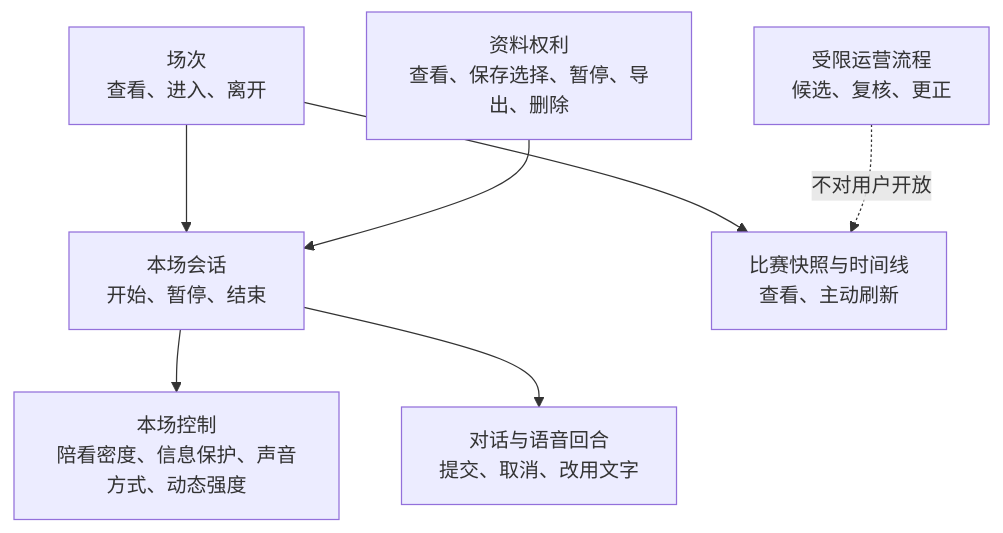
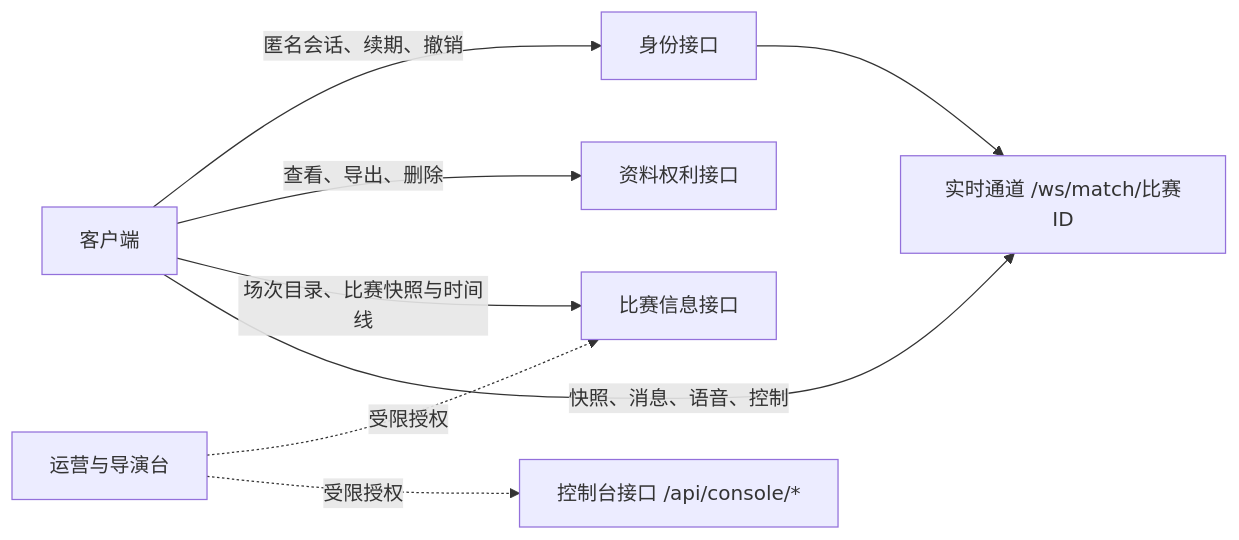
The first of 3 diagrams in docs/球球全套资料/4.产品设计/42-API与实时协议设计.md (weiz98417-crypto/qiuqiu), drawn with Mermaid before and after one commit. The commit also changed other lines of this file and 49 other files, not shown here.

````diff
--- a/docs/球球全套资料/4.产品设计/42-API与实时协议设计.md
+++ b/docs/球球全套资料/4.产品设计/42-API与实时协议设计.md
@@ -63,9 +7,10 @@
 ```mermaid
-flowchart TB
-    S[场次\n查看、进入、离开] --> M[本场会话\n开始、暂停、结束]
-    M --> O[本场控制\n陪看密度、信息保护、声音方式、动态强度]
-    M --> T[对话与语音回合\n提交、取消、改用文字]
-    S --> F[比赛快照与时间线\n查看、主动刷新]
-    I[资料权利\n查看、保存选择、暂停、导出、删除] --> M
-    X[受限运营流程\n候选、复核、更正] -.不对用户开放.-> F
+flowchart LR
+    C[客户端] -->|匿名会话、续期、撤销| S[身份接口]
+    C -->|查看、导出、删除| P[资料权利接口]
+    C -->|场次目录、比赛快照与时间线| M[比赛信息接口]
+    C -->|快照、消息、语音、控制| W[实时通道 /ws/match/比赛ID]
+    O[运营与导演台] -.受限授权.-> M
+    O -.受限授权.-> K[控制台接口 /api/console/*]
+    S --> W
 ```
````
